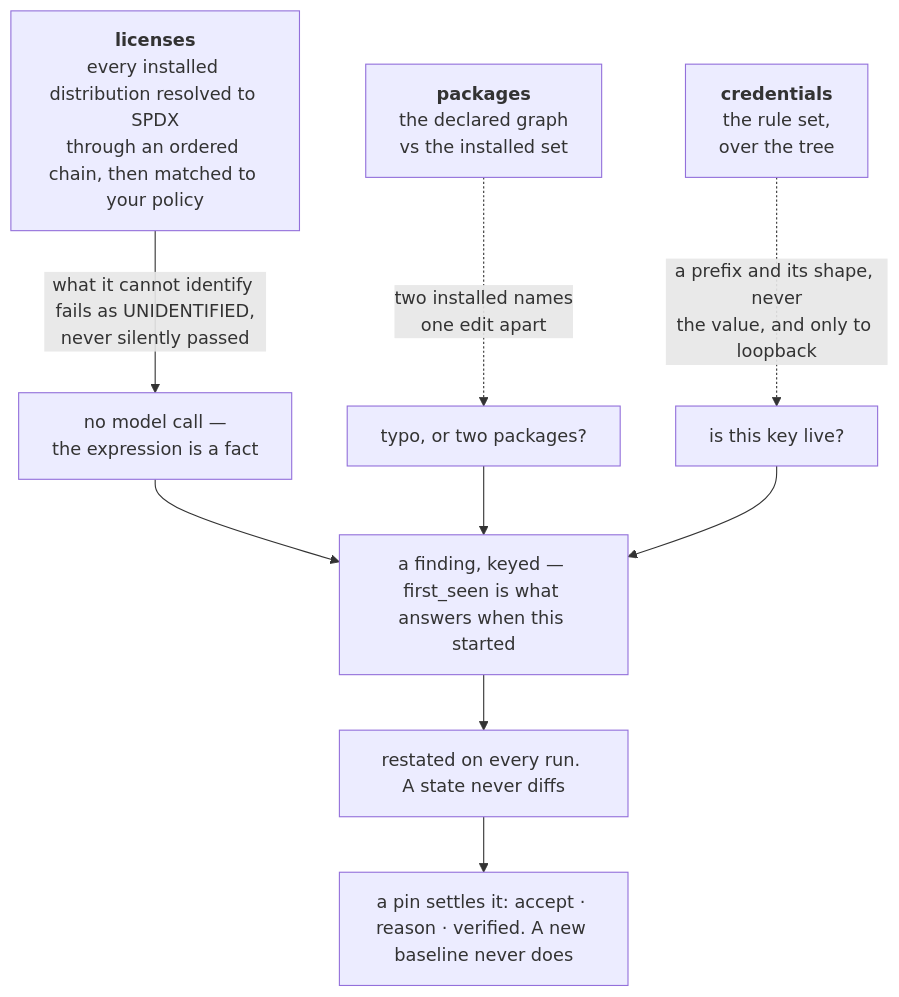
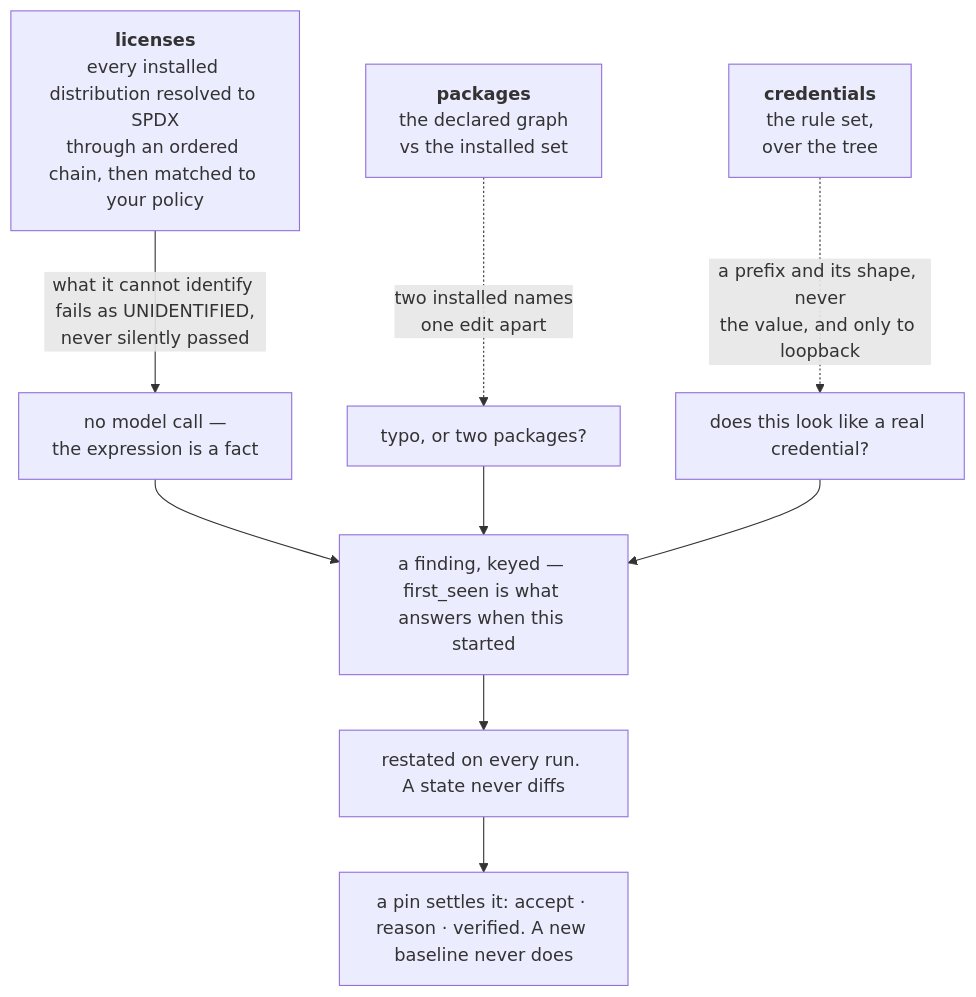
Before and after one commit to authentic-research-partners/vibe-sentinel: the first of 2 diagrams in docs/gates.md, drawn with Mermaid. The commit also changed other lines of this file and 44 other files, not shown here.

````diff
--- a/docs/gates.md
+++ b/docs/gates.md
@@ -26,19 +25,19 @@
 ```mermaid
 flowchart TB
   LIC["<b>licenses</b><br/>every installed distribution resolved to SPDX<br/>through an ordered chain, then matched to your policy"]
   PKG["<b>packages</b><br/>the declared graph<br/>vs the installed set"]
   CRD["<b>credentials</b><br/>the rule set,<br/>over the tree"]
   LQ["no model call —<br/>the expression is a fact"]
   QP["typo, or two packages?"]
-  QC["is this key live?"]
+  QC["does this look like a real credential?"]
   F["a finding, keyed — first_seen is what answers when this started"]
   R["restated on every run. A state never diffs"]
   PIN["a pin settles it: accept · reason · verified. A new baseline never does"]
   LIC -->|"what it cannot identify fails as UNIDENTIFIED,<br/>never silently passed"| LQ
   LQ --> F
   PKG -.->|"two installed names<br/>one edit apart"| QP
   CRD -.->|"a prefix and its shape, never<br/>the value, and only to loopback"| QC
   QP --> F
   QC --> F
   F --> R --> PIN
 ```
````
